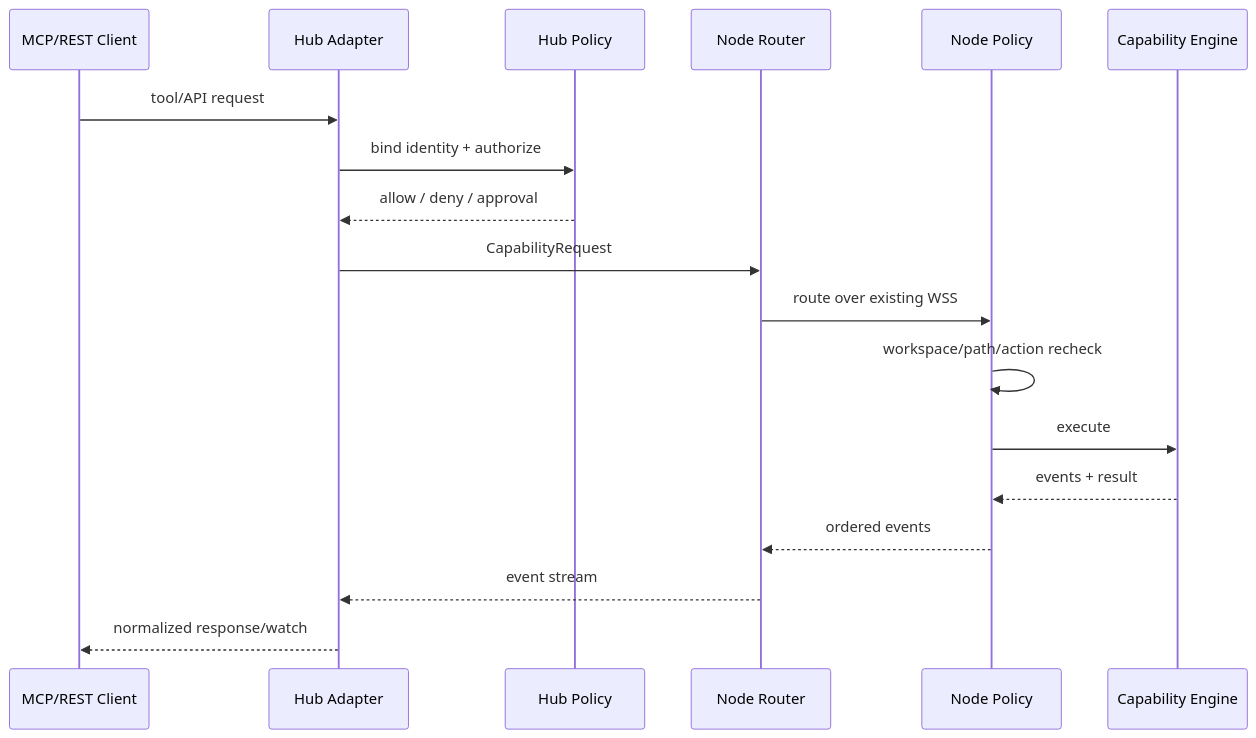
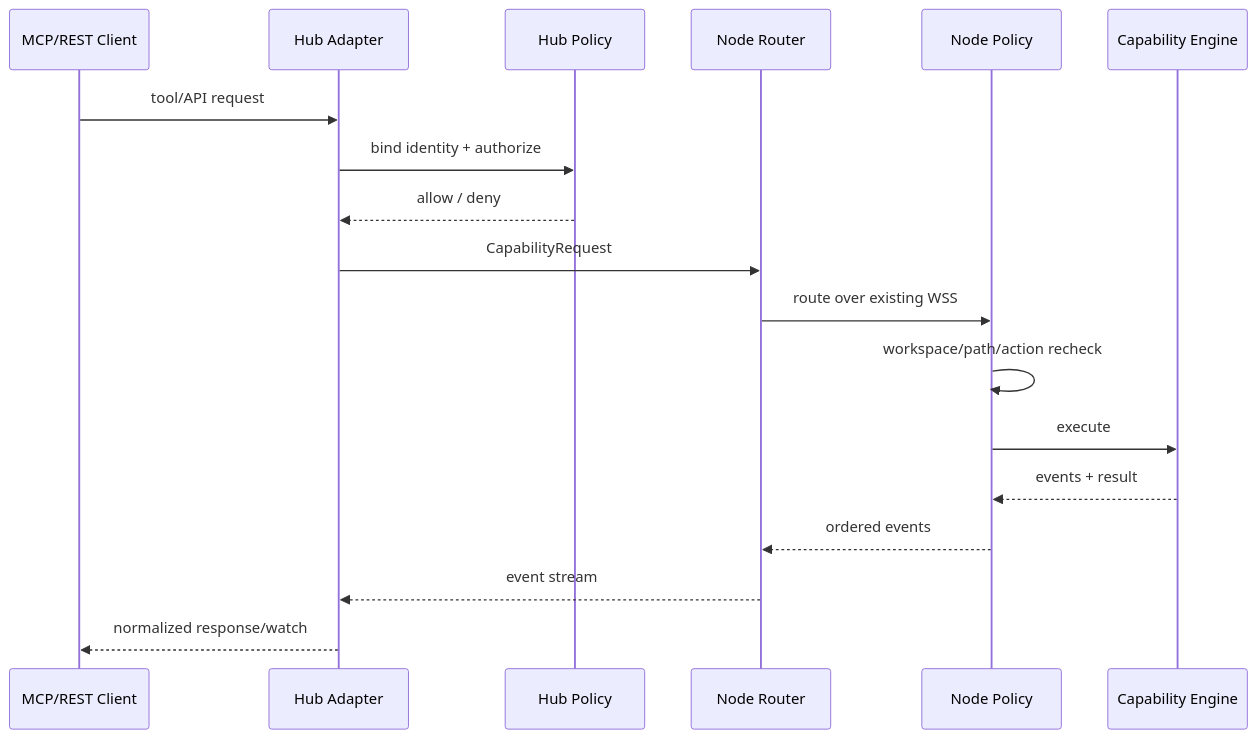
Before and after one commit to isguang2024/fast-spider: the second of 6 diagrams in docs/02-system-architecture.md, drawn with Mermaid. The commit also changed other lines of this file and 35 other files, not shown here.

````diff
--- a/docs/02-system-architecture.md
+++ b/docs/02-system-architecture.md
@@ -75,21 +75,21 @@
 ```mermaid
 sequenceDiagram
     participant C as MCP/REST Client
     participant H as Hub Adapter
     participant P as Hub Policy
     participant R as Node Router
     participant N as Node Policy
     participant E as Capability Engine
 
     C->>H: tool/API request
     H->>P: bind identity + authorize
-    P-->>H: allow / deny / approval
+    P-->>H: allow / deny
     H->>R: CapabilityRequest
     R->>N: route over existing WSS
     N->>N: workspace/path/action recheck
     N->>E: execute
     E-->>N: events + result
     N-->>R: ordered events
     R-->>H: event stream
     H-->>C: normalized response/watch
 ```
````
